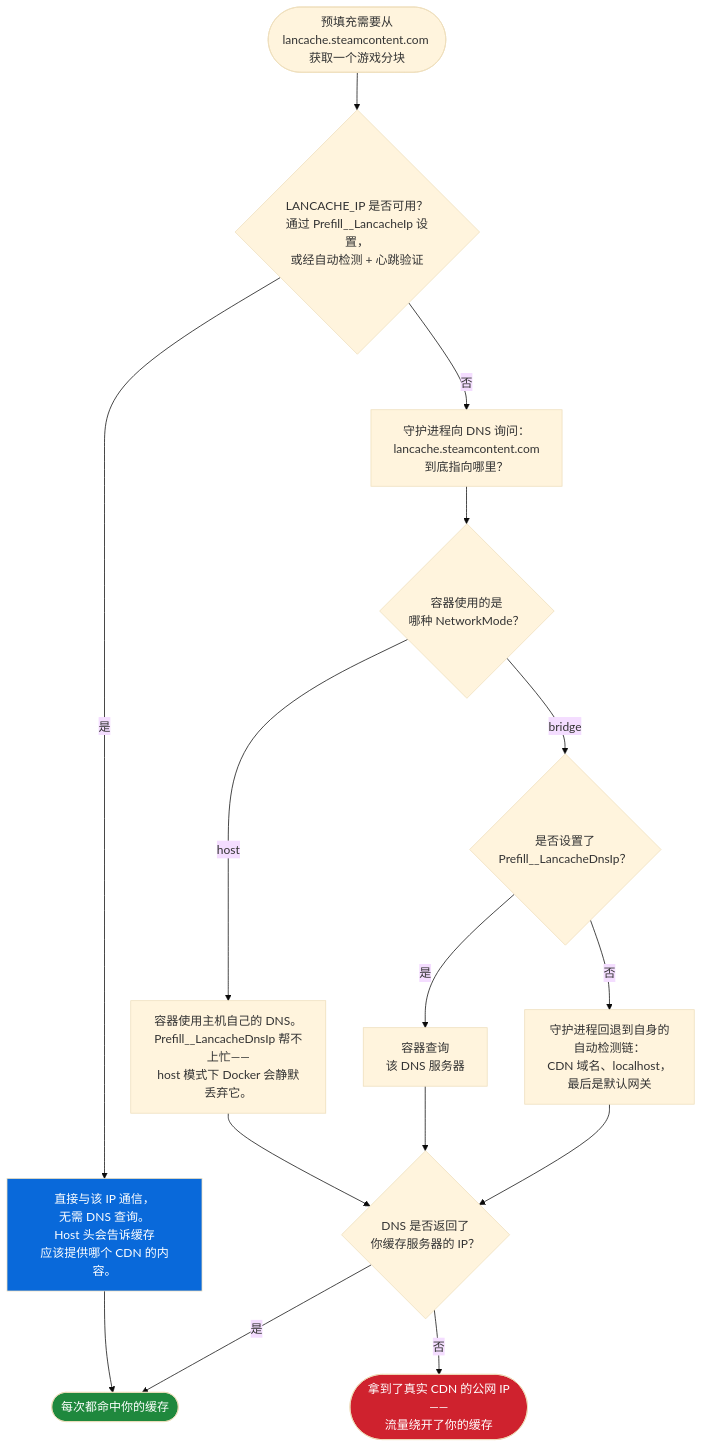
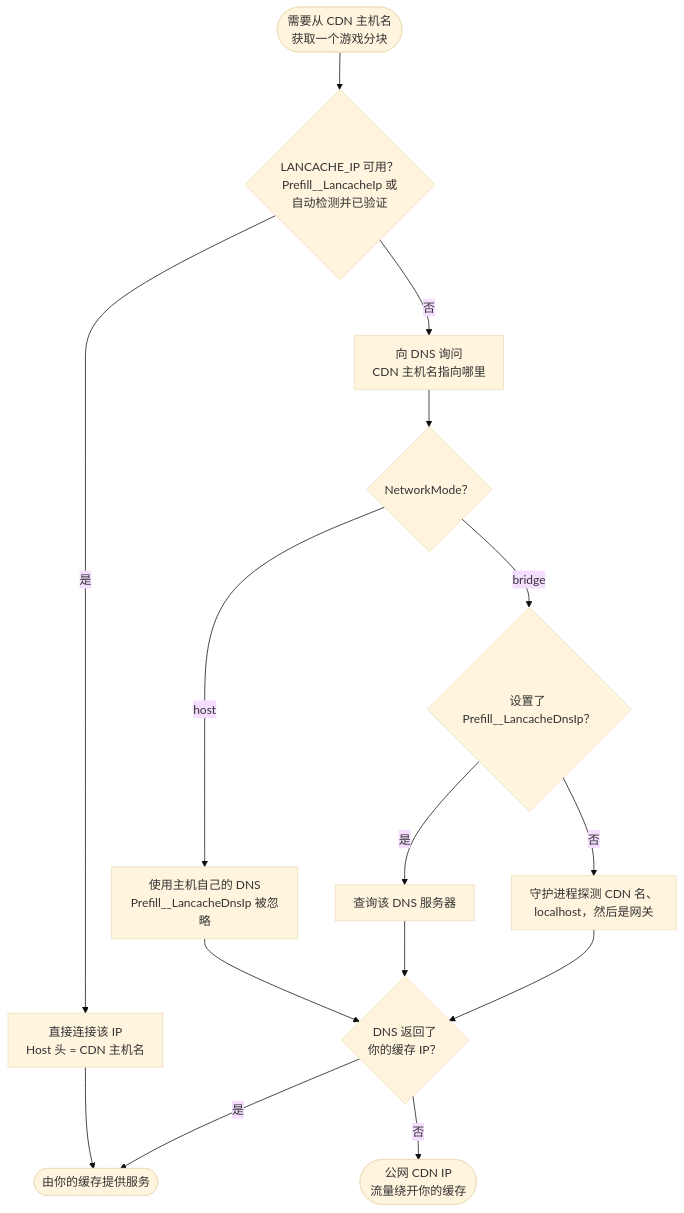
One commit to regix1/lancache-manager changed the diagram in docs-site/content/prefill.zh.md. Above: the diagram before and after it, drawn with Mermaid (base theme). The commit also changed other lines of this file and 20 other files, not shown here.

First line of the commit message:
Fix Prefill Mermaid routing, add env-var copy buttons, and refresh docs tooling.

````diff
--- a/docs-site/content/prefill.zh.md
+++ b/docs-site/content/prefill.zh.md
@@ -184,30 +183,32 @@
-```mermaid
-flowchart TD
-    Start([预填充需要从<br/>lancache.steamcontent.com 获取一个游戏分块])
-    LIP{LANCACHE_IP 是否可用？<br/>通过 Prefill__LancacheIp 设置，<br/>或经自动检测 + 心跳验证}
+    ```mermaid
+    ---
+    config:
+      flowchart:
+        curve: basis
+        padding: 12
+    ---
+    flowchart TD
+      Start([需要从 CDN 主机名<br/>获取一个游戏分块])
+      HasIp{LANCACHE_IP 可用？<br/>Prefill__LancacheIp 或<br/>自动检测并已验证}
 
-    Start --> LIP
+      Start --> HasIp
 
-    LIP -->|是| Direct[直接与该 IP 通信，<br/>无需 DNS 查询。<br/>Host 头会告诉缓存<br/>应该提供哪个 CDN 的内容。]
-    Direct --> OK([每次都命中你的缓存])
+      HasIp -->|是| Direct[直接连接该 IP<br/>Host 头 = CDN 主机名]
+      Direct --> Hit([由你的缓存提供服务])
 
-    LIP -->|否| DNS[守护进程向 DNS 询问：<br/>lancache.steamcontent.com<br/>到底指向哪里？]
-    DNS --> Mode{容器使用的是<br/>哪种 NetworkMode？}
+      HasIp -->|否| AskDns[向 DNS 询问<br/>CDN 主机名指向哪里]
+      AskDns --> Mode{NetworkMode？}
 
-    Mode -->|host| HostDNS[容器使用主机自己的 DNS。<br/>Prefill__LancacheDnsIp 帮不上忙——<br/>host 模式下 Docker 会静默丢弃它。]
-    Mode -->|bridge| BridgeDNS{是否设置了<br/>Prefill__LancacheDnsIp？}
+      Mode -->|host| HostDns[使用主机自己的 DNS<br/>Prefill__LancacheDnsIp 被忽略]
+      Mode -->|bridge| Bridge{设置了 Prefill__LancacheDnsIp？}
 
-    BridgeDNS -->|是| ForcedDNS[容器查询<br/>该 DNS 服务器]
-    BridgeDNS -->|否| AutoDetect[守护进程回退到自身的<br/>自动检测链：<br/>CDN 域名、localhost，<br/>最后是默认网关]
+      Bridge -->|是| Forced[查询该 DNS 服务器]
+      Bridge -->|否| Probe[守护进程探测 CDN 名、<br/>localhost，然后是网关]
 
-    HostDNS --> Outcome{DNS 是否返回了<br/>你缓存服务器的 IP？}
-    ForcedDNS --> Outcome
-    AutoDetect --> Outcome
+      HostDns --> Resolved{DNS 返回了<br/>你的缓存 IP？}
+      Forced --> Resolved
+      Probe --> Resolved
 
-    Outcome -->|是| OK
-    Outcome -->|否| Public([拿到了真实 CDN 的公网 IP——<br/>流量绕开了你的缓存])
-
-    style OK fill:#1f883d,color:#fff
-    style Public fill:#cf222e,color:#fff
-    style Direct fill:#0969da,color:#fff
-```
+      Resolved -->|是| Hit
+      Resolved -->|否| Miss([公网 CDN IP<br/>流量绕开你的缓存])
+    ```
````
